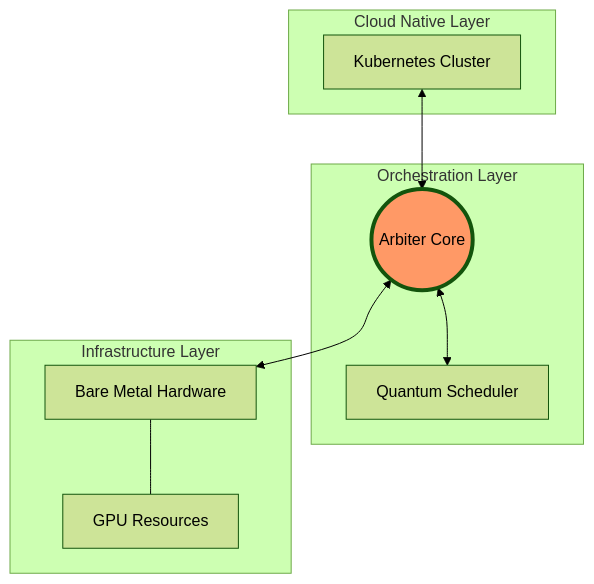
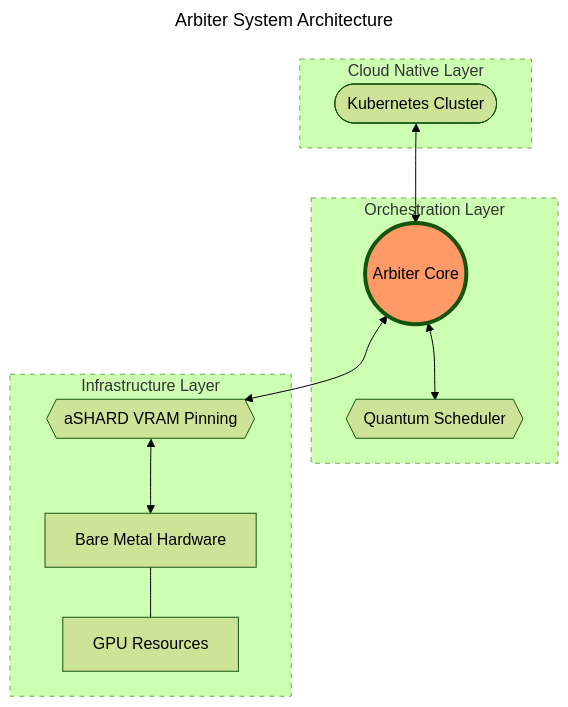
One commit to Genesis-Conductor-Engine/arbiter changed the diagram in README.md. Above: the diagram before and after it, drawn with Mermaid (forest theme).

Commit message:
🎨 Palette: enhance architecture diagram accessibility and clarity
- Add title to Mermaid diagram for accessibility.
- Use semantic node shapes (stadium for K8s, hexagon for specialized components).
- Include missing aSHARD VRAM Pinning component in Infrastructure layer.
- Delineate architectural layers with dashed subgraph borders.

````diff
--- a/README.md
+++ b/README.md
@@ -17,23 +17,31 @@
 ```mermaid
+---
+title: Arbiter System Architecture
+---
 graph TD
     subgraph CloudNative [Cloud Native Layer]
-        K8s[Kubernetes Cluster]
+        K8s([Kubernetes Cluster])
     end
 
     subgraph Orchestration [Orchestration Layer]
         Arbiter((Arbiter Core))
-        QS[Quantum Scheduler]
+        QS{{Quantum Scheduler}}
     end
 
     subgraph Infrastructure [Infrastructure Layer]
+        ASHARD{{aSHARD VRAM Pinning}}
         BM[Bare Metal Hardware]
         GPU[GPU Resources]
     end
 
     K8s <--> Arbiter
     Arbiter <--> QS
-    Arbiter <--> BM
+    Arbiter <--> ASHARD
+    ASHARD <--> BM
     BM --- GPU
 
     style Arbiter fill:#f96,stroke-width:4px
+    style CloudNative stroke-dasharray: 5 5
+    style Orchestration stroke-dasharray: 5 5
+    style Infrastructure stroke-dasharray: 5 5
 ```
````
